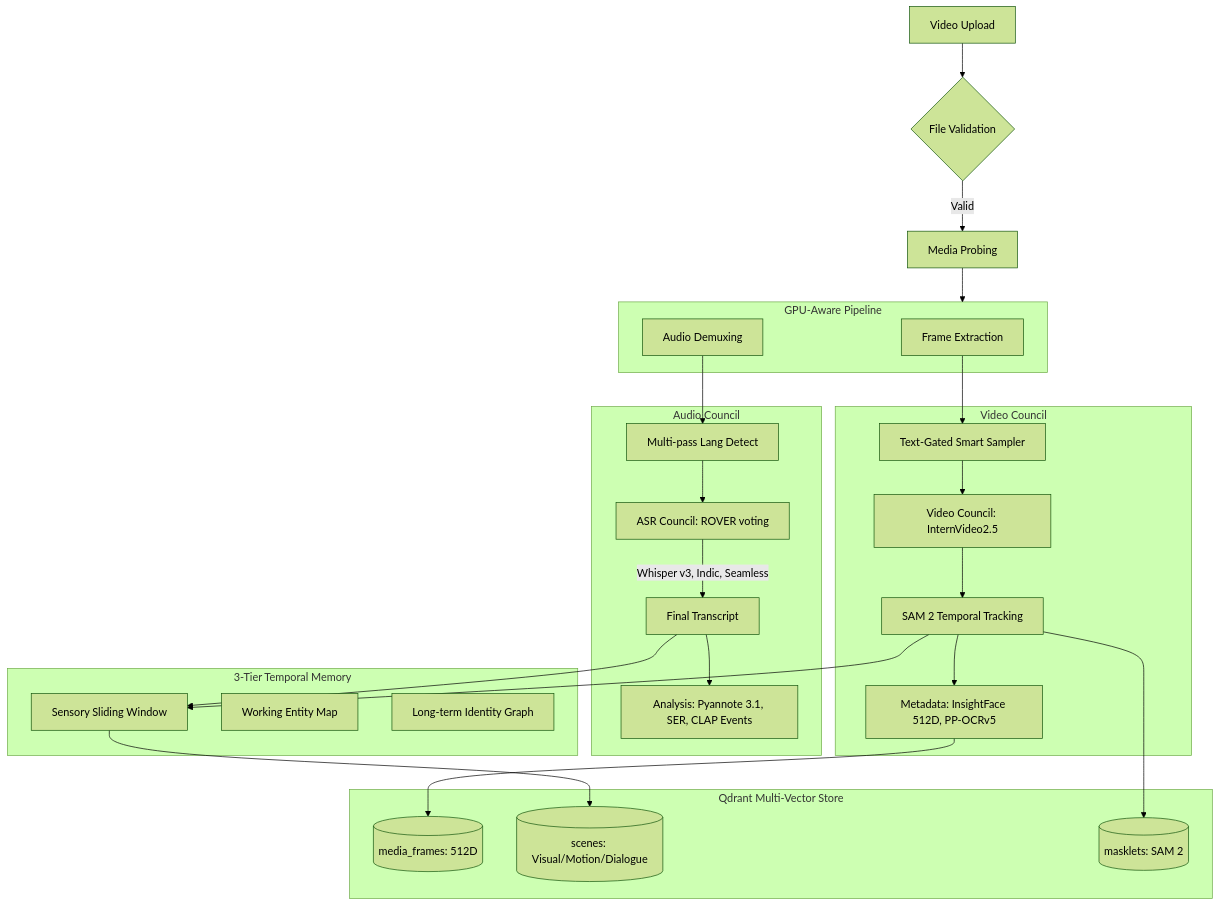
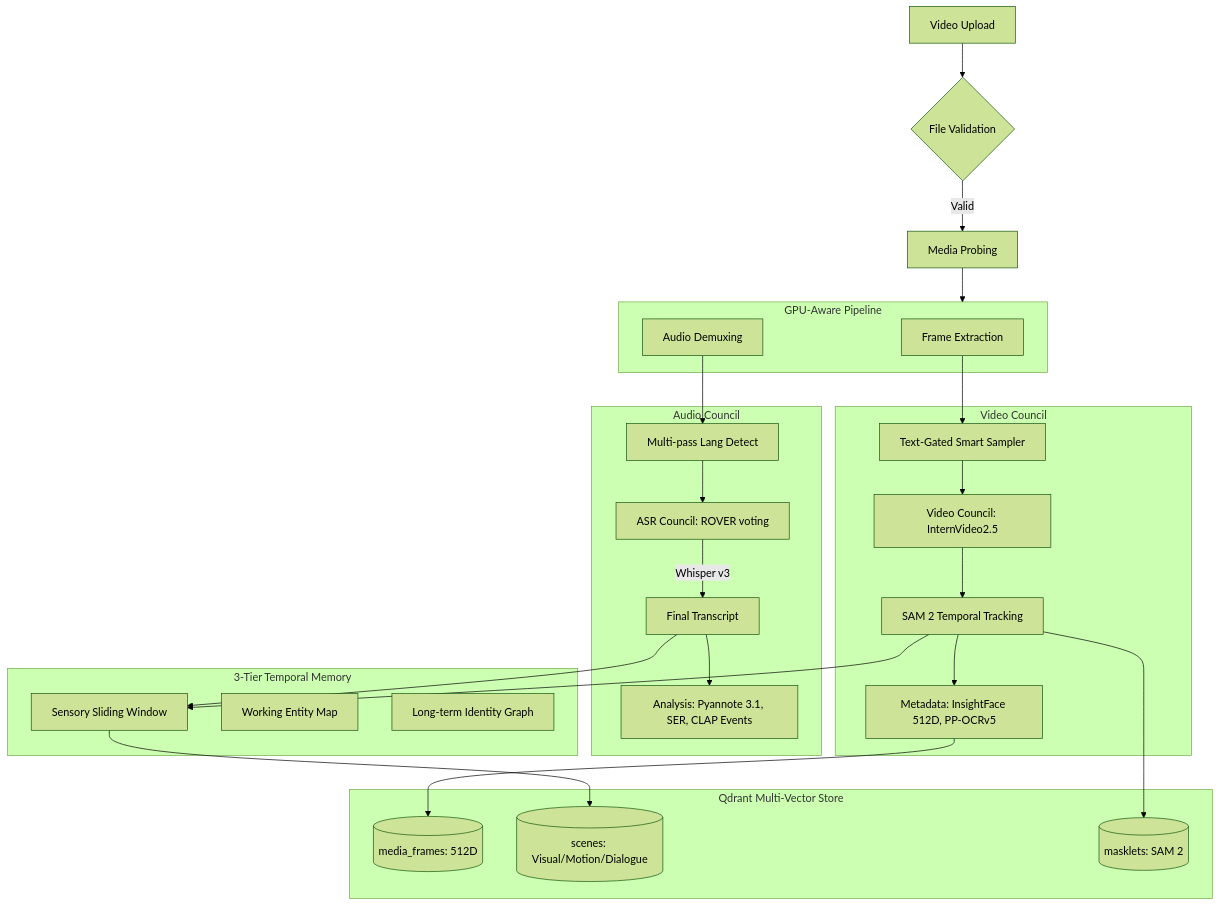
Before and after one commit to gnanaprakash2918/AI-Media-Indexer: the third of 4 diagrams in docs/architecture.md, drawn with Mermaid (forest theme). The commit also changed other lines of this file and 9 other files, not shown here.

````diff
--- a/docs/architecture.md
+++ b/docs/architecture.md
@@ -96,46 +96,46 @@
 ```mermaid
 flowchart TD
     A[Video Upload] --> B{File Validation}
     B -->|Valid| C[Media Probing]
     
     C --> D[Parallel Pipeline Orchestration]
     
     subgraph D[GPU-Aware Pipeline]
         D1[Frame Extraction]
         D2[Audio Demuxing]
     end
     
     subgraph AudioLogic[Audio Council]
         AL[Multi-pass Lang Detect] --> AC[ASR Council: ROVER voting]
-        AC -->|Whisper v3, Indic, Seamless| AT[Final Transcript]
+        AC -->|Whisper v3| AT[Final Transcript]
         AT --> AD[Analysis: Pyannote 3.1, SER, CLAP Events]
     end
     
     subgraph VideoLogic[Video Council]
         VS[Text-Gated Smart Sampler] --> VC[Video Council: InternVideo2.5]
         VC --> VT[SAM 2 Temporal Tracking]
         VT --> VM[Metadata: InsightFace 512D, PP-OCRv5]
     end
     
     D1 --> VS
     D2 --> AL
     
     subgraph Memory[3-Tier Temporal Memory]
         SW[Sensory Sliding Window]
         WM[Working Entity Map]
         LT[Long-term Identity Graph]
     end
     
     VT --> SW
     AT --> SW
     
     subgraph VectorDB["Qdrant Multi-Vector Store"]
         O[(media_frames: 512D)]
         S[(scenes: Visual/Motion/Dialogue)]
         P[(masklets: SAM 2)]
     end
     
     SW --> S
     VM --> O
     VT --> P
 ```
````
